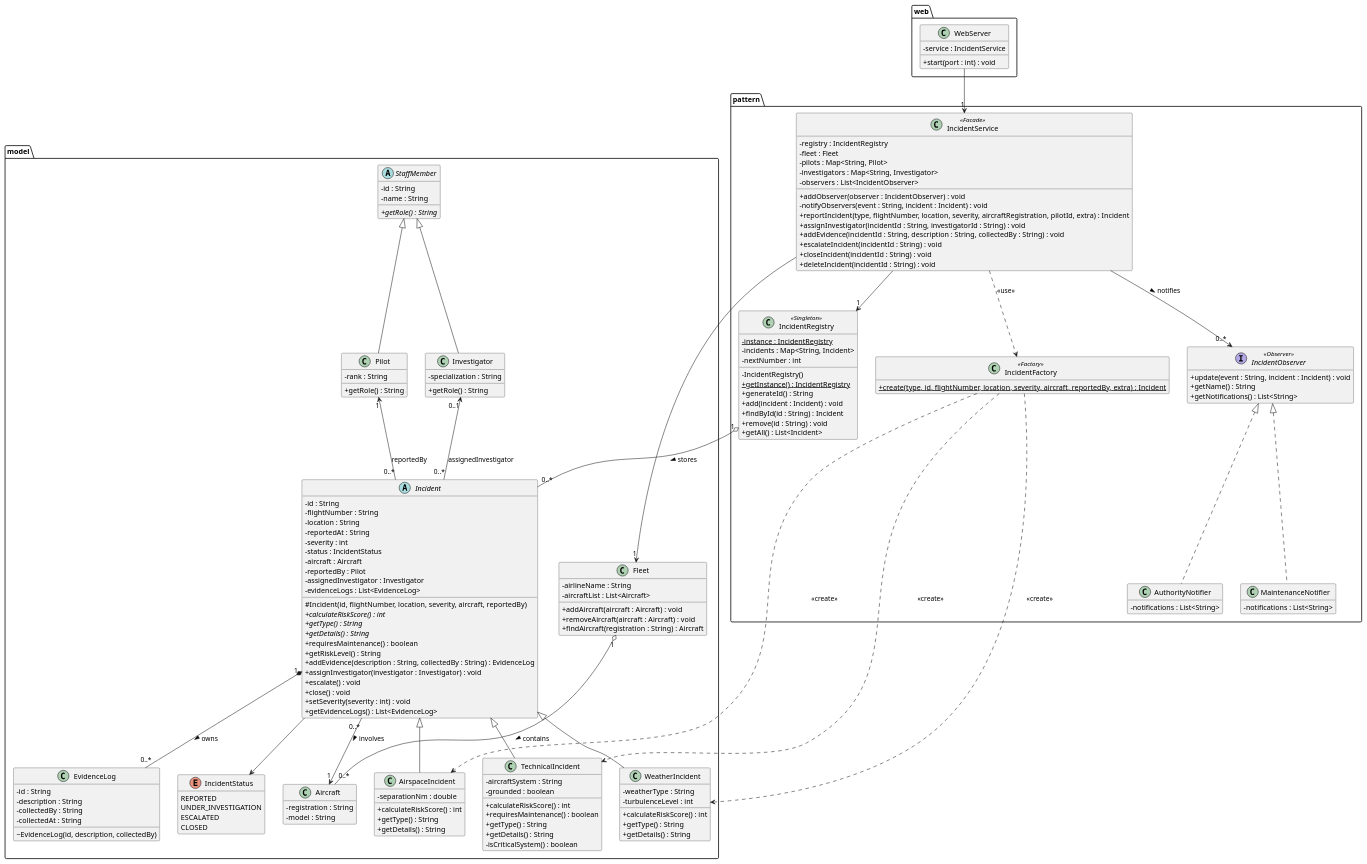
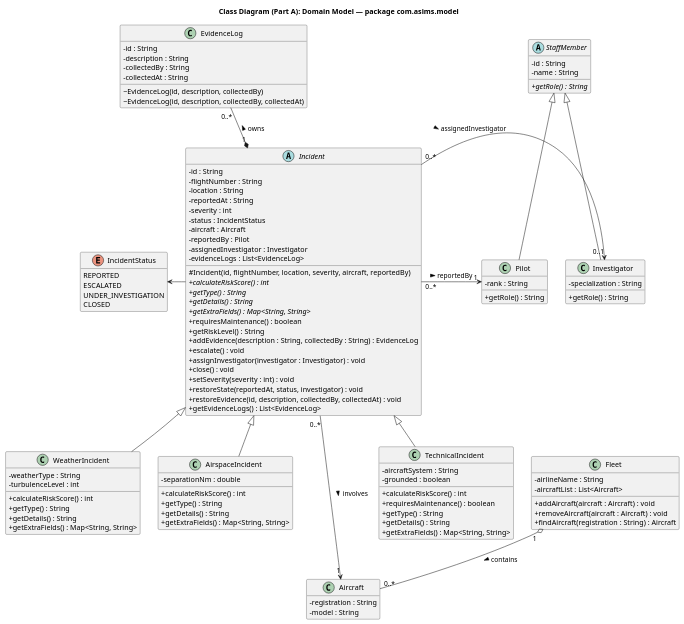
The third of 10 diagrams in docs/UML_DIAGRAMS.md (hassanshakil22/OOAD-ASIMS), drawn with PlantUML before and after one commit. The commit also changed other lines of this file and 25 other files, not shown here.

Commit message:
Update report, UML diagrams, test results and README for the new system

````diff
--- a/docs/UML_DIAGRAMS.md
+++ b/docs/UML_DIAGRAMS.md
@@ -132,187 +126,131 @@
 @startuml
 skinparam classAttributeIconSize 0
 hide empty members
+title Class Diagram (Part A): Domain Model — package com.asims.model
 
-package model {
-  enum IncidentStatus {
-    REPORTED
-    UNDER_INVESTIGATION
-    ESCALATED
-    CLOSED
-  }
-
-  abstract class Incident {
-    - id : String
-    - flightNumber : String
-    - location : String
-    - reportedAt : String
-    - severity : int
-    - status : IncidentStatus
-    - aircraft : Aircraft
-    - reportedBy : Pilot
-    - assignedInvestigator : Investigator
-    - evidenceLogs : List<EvidenceLog>
-    # Incident(id, flightNumber, location, severity, aircraft, reportedBy)
-    + {abstract} calculateRiskScore() : int
-    + {abstract} getType() : String
-    + {abstract} getDetails() : String
-    + requiresMaintenance() : boolean
-    + getRiskLevel() : String
-    + addEvidence(description : String, collectedBy : String) : EvidenceLog
-    + assignInvestigator(investigator : Investigator) : void
-    + escalate() : void
-    + close() : void
-    + setSeverity(severity : int) : void
-    + getEvidenceLogs() : List<EvidenceLog>
-  }
-
-  class TechnicalIncident {
-    - aircraftSystem : String
-    - grounded : boolean
-    + calculateRiskScore() : int
-    + requiresMaintenance() : boolean
-    + getType() : String
-    + getDetails() : String
-    - isCriticalSystem() : boolean
-  }
-
-  class WeatherIncident {
-    - weatherType : String
-    - turbulenceLevel : int
-    + calculateRiskScore() : int
-    + getType() : String
-    + getDetails() : String
-  }
-
-  class AirspaceIncident {
-    - separationNm : double
-    + calculateRiskScore() : int
-    + getType() : String
-    + getDetails() : String
-  }
-
-  class EvidenceLog {
-    - id : String
-    - description : String
-    - collectedBy : String
-    - collectedAt : String
-    ~ EvidenceLog(id, description, collectedBy)
-  }
-
-  abstract class StaffMember {
-    - id : String
-    - name : String
-    + {abstract} getRole() : String
-  }
-
-  class Pilot {
-    - rank : String
-    + getRole() : String
-  }
-
-  class Investigator {
-    - specialization : String
-    + getRole() : String
-  }
-
-  class Aircraft {
-    - registration : String
-    - model : String
-  }
-
-  class Fleet {
-    - airlineName : String
-    - aircraftList : List<Aircraft>
-    + addAircraft(aircraft : Aircraft) : void
-    + removeAircraft(aircraft : Aircraft) : void
-    + findAircraft(registration : String) : Aircraft
-  }
+enum IncidentStatus {
+  REPORTED
+  ESCALATED
+  UNDER_INVESTIGATION
+  CLOSED
 }
 
-package pattern {
-  class IncidentRegistry <<Singleton>> {
-    - {static} instance : IncidentRegistry
-    - incidents : Map<String, Incident>
-    - nextNumber : int
-    - IncidentRegistry()
-    + {static} getInstance() : IncidentRegistry
-    + generateId() : String
-    + add(incident : Incident) : void
-    + findById(id : String) : Incident
-    + remove(id : String) : void
-    + getAll() : List<Incident>
-  }
-
-  class IncidentFactory <<Factory>> {
-    + {static} create(type, id, flightNumber, location, severity, aircraft, reportedBy, extra) : Incident
-  }
-
-  interface IncidentObserver <<Observer>> {
-    + update(event : String, incident : Incident) : void
-    + getName() : String
-    + getNotifications() : List<String>
-  }
-
-  class AuthorityNotifier {
-    - notifications : List<String>
-  }
-
-  class MaintenanceNotifier {
-    - notifications : List<String>
-  }
-
-  class IncidentService <<Facade>> {
-    - registry : IncidentRegistry
-    - fleet : Fleet
-    - pilots : Map<String, Pilot>
-    - investigators : Map<String, Investigator>
-    - observers : List<IncidentObserver>
-    + addObserver(observer : IncidentObserver) : void
-    - notifyObservers(event : String, incident : Incident) : void
-    + reportIncident(type, flightNumber, location, severity, aircraftRegistration, pilotId, extra) : Incident
-    + assignInvestigator(incidentId : String, investigatorId : String) : void
-    + addEvidence(incidentId : String, description : String, collectedBy : String) : void
-    + escalateIncident(incidentId : String) : void
-    + closeIncident(incidentId : String) : void
-    + deleteIncident(incidentId : String) : void
-  }
+abstract class Incident {
+  - id : String
+  - flightNumber : String
+  - location : String
+  - reportedAt : String
+  - severity : int
+  - status : IncidentStatus
+  - aircraft : Aircraft
+  - reportedBy : Pilot
+  - assignedInvestigator : Investigator
+  - evidenceLogs : List<EvidenceLog>
+  # Incident(id, flightNumber, location, severity, aircraft, reportedBy)
+  + {abstract} calculateRiskScore() : int
+  + {abstract} getType() : String
+  + {abstract} getDetails() : String
+  + {abstract} getExtraFields() : Map<String, String>
+  + requiresMaintenance() : boolean
+  + getRiskLevel() : String
+  + addEvidence(description : String, collectedBy : String) : EvidenceLog
+  + escalate() : void
+  + assignInvestigator(investigator : Investigator) : void
+  + close() : void
+  + setSeverity(severity : int) : void
+  + restoreState(reportedAt, status, investigator) : void
+  + restoreEvidence(id, description, collectedBy, collectedAt) : void
+  + getEvidenceLogs() : List<EvidenceLog>
 }
 
-package web {
-  class WebServer {
-    - service : IncidentService
-    + start(port : int) : void
-  }
+class TechnicalIncident {
+  - aircraftSystem : String
+  - grounded : boolean
+  + calculateRiskScore() : int
+  + requiresMaintenance() : boolean
+  + getType() : String
+  + getDetails() : String
+  + getExtraFields() : Map<String, String>
 }
 
-' Inheritance
+class WeatherIncident {
+  - weatherType : String
+  - turbulenceLevel : int
+  + calculateRiskScore() : int
+  + getType() : String
+  + getDetails() : String
+  + getExtraFields() : Map<String, String>
+}
+
+class AirspaceIncident {
+  - separationNm : double
+  + calculateRiskScore() : int
+  + getType() : String
+  + getDetails() : String
+  + getExtraFields() : Map<String, String>
+}
+
+class EvidenceLog {
+  - id : String
+  - description : String
+  - collectedBy : String
+  - collectedAt : String
+  ~ EvidenceLog(id, description, collectedBy)
+  ~ EvidenceLog(id, description, collectedBy, collectedAt)
+}
+
+abstract class StaffMember {
+  - id : String
+  - name : String
+  + {abstract} getRole() : String
+}
+
+class Pilot {
+  - rank : String
+  + getRole() : String
+}
+
+class Investigator {
+  - specialization : String
+  + getRole() : String
+}
+
+class Aircraft {
+  - registration : String
+  - model : String
+}
+
+class Fleet {
+  - airlineName : String
+  - aircraftList : List<Aircraft>
+  + addAircraft(aircraft : Aircraft) : void
+  + removeAircraft(aircraft : Aircraft) : void
+  + findAircraft(registration : String) : Aircraft
+}
+
 Incident <|-- TechnicalIncident
 Incident <|-- WeatherIncident
 Incident <|-- AirspaceIncident
 StaffMember <|-- Pilot
 StaffMember <|-- Investigator
-IncidentObserver <|.. AuthorityNotifier
-IncidentObserver <|.. MaintenanceNotifier
 
-' Composition and aggregation
-Incident "1" *-- "0..*" EvidenceLog : owns >
+Incident "1" *-left- "0..*" EvidenceLog : owns >
 Fleet "1" o-- "0..*" Aircraft : contains >
-IncidentRegistry "1" o-- "0..*" Incident : stores >
+Incident "0..*" --> "1" Aircraft : involves >
+Incident "0..*" -right-> "1" Pilot : reportedBy >
+Incident "0..*" -right-> "0..1" Investigator : assignedInvestigator >
+Incident -left-> IncidentStatus
+EvidenceLog -[hidden]down- IncidentStatus
 
-' Associations
-Incident "0..*" --> "1" Aircraft : involves >
-Pilot "1" <-- "0..*" Incident : reportedBy
-Investigator "0..1" <-- "0..*" Incident : assignedInvestigator
-Incident --> IncidentStatus
-
-' Pattern wiring
-IncidentService --> "1" IncidentRegistry
-IncidentService --> "1" Fleet
-IncidentService --> "0..*" IncidentObserver : notifies >
-IncidentService ..> IncidentFactory : <<use>>
-IncidentFactory ..> TechnicalIncident : <<create>>
-IncidentFactory ..> WeatherIncident : <<create>>
-IncidentFactory ..> AirspaceIncident : <<create>>
-WebServer --> "1" IncidentService
+together {
+  abstract class StaffMember
+  class Pilot
+  class Investigator
+}
+together {
+  class Fleet
+  class Aircraft
+}
+Investigator -[hidden]down- Fleet
 @enduml
 ```
````
